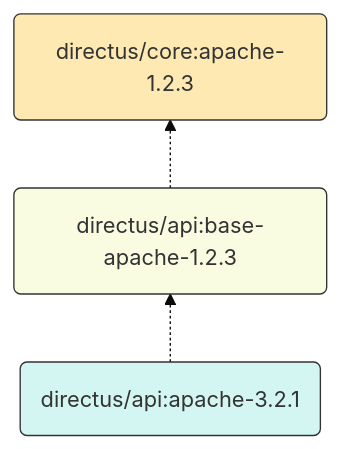
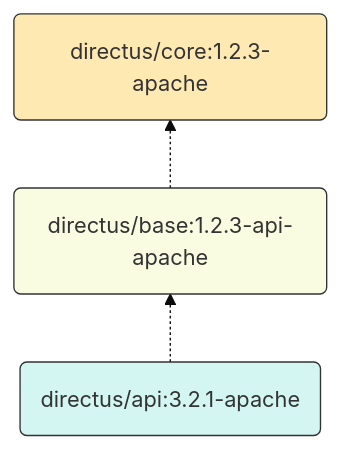
The diagram in .github/images/images.mmd (samis-dv/docker), drawn with Mermaid (base theme) before and after one commit. The commit also changed 23 other files, not shown here.

Commit message:
Refactor build scripts, remove tusk, change versioning schema

```diff
--- a/.github/images/images.mmd
+++ b/.github/images/images.mmd
@@ -1,16 +1,16 @@
 graph BT;
 
 classDef image-core fill:#fee9b2,stroke:#333,stroke-width:1px
 classDef image-base fill:#f9fce1,stroke:#333,stroke-width:1px
 classDef image-dist fill:#d3f6f3,stroke:#333,stroke-width:1px
 
-core-apache(directus/core:apache-1.2.3)
-api-base-apache(directus/api:base-apache-1.2.3)
-api-apache(directus/api:apache-3.2.1)
+core-apache(directus/core:1.2.3-apache)
+api-base-apache(directus/base:1.2.3-api-apache)
+api-apache(directus/api:3.2.1-apache)
 
 class core-apache image-core
 class api-base-apache image-base
 class api-apache image-dist
 
 api-apache -.-> api-base-apache
 api-base-apache -.-> core-apache
```
